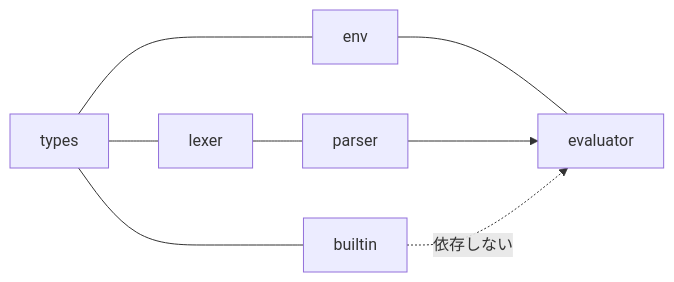
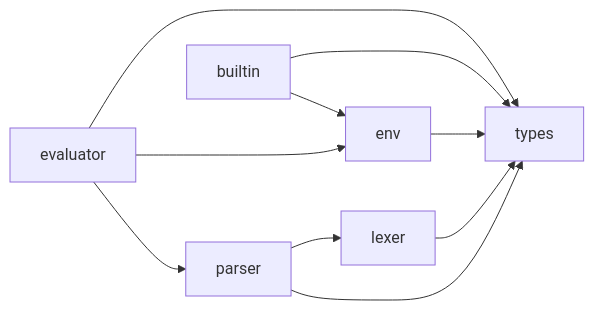
The diagram in docs/onboarding.md (suchi/sucheme-go), drawn with Mermaid before and after one commit. The commit also changed other lines of this file, not shown here.

Commit message:
docs: fix dependency graph to use directed edges per Copilot review
Mermaid依存関係図を有向エッジに統一。
「依存しない」関係は矢印ではなく注記で記述。

````diff
--- a/docs/onboarding.md
+++ b/docs/onboarding.md
@@ -172,8 +172,12 @@
 ```mermaid
 graph LR
-    types --- lexer --- parser
-    types --- env --- evaluator
-    types --- builtin
-    parser --> evaluator
-    builtin -.->|"依存しない"| evaluator
+    lexer --> types
+    parser --> lexer
+    parser --> types
+    env --> types
+    evaluator --> types
+    evaluator --> env
+    evaluator --> parser
+    builtin --> types
+    builtin --> env
 ```
````
